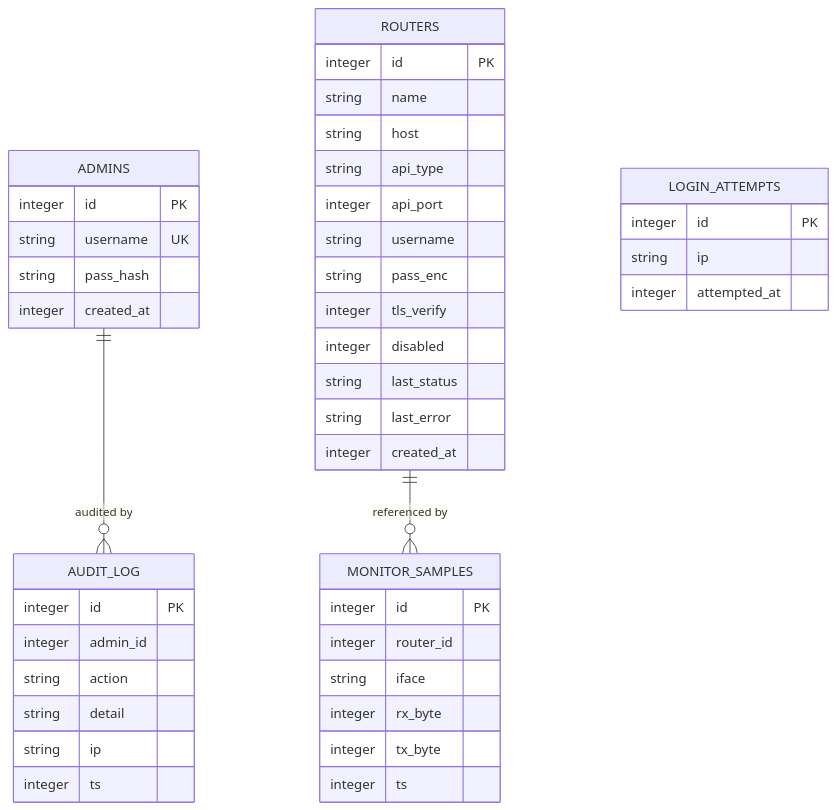
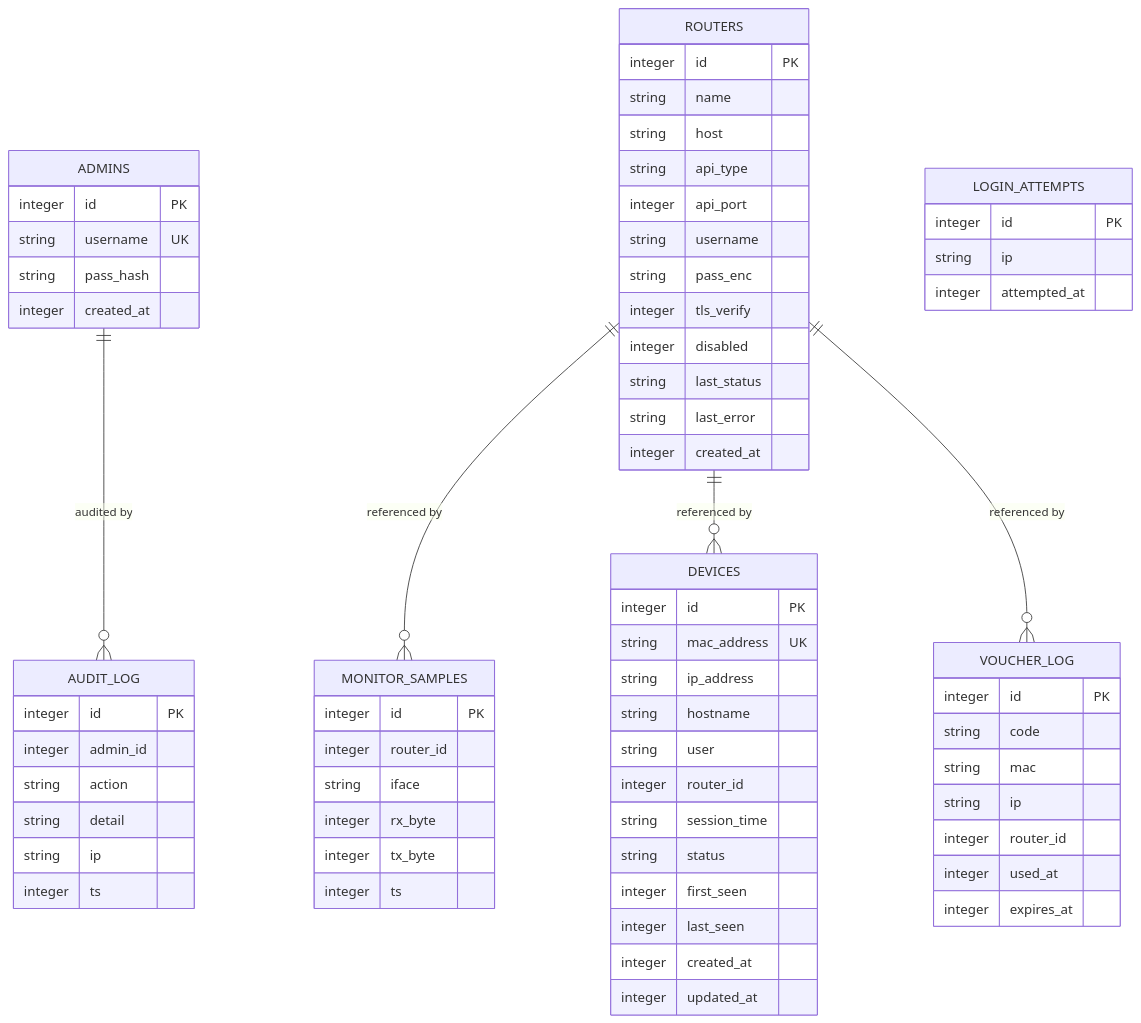
One commit to Djnirds1984/MT-CONTROLLER-PISOWIFI changed the tenth of 11 diagrams in .qoder/repowiki/en/content/Database Schema & Data Models.md. Above: the diagram before and after it, drawn with Mermaid. The commit also changed other lines of this file and 14 other files, not shown here.

First line of the commit message:
feat(devices): add device management and voucher audit documentation

````diff
--- a/.qoder/repowiki/en/content/Database Schema & Data Models.md
+++ b/.qoder/repowiki/en/content/Database Schema & Data Models.md
@@ -335,46 +487,71 @@
 ```mermaid
 erDiagram
 ADMINS {
 integer id PK
 string username UK
 string pass_hash
 integer created_at
 }
 ROUTERS {
 integer id PK
 string name
 string host
 string api_type
 integer api_port
 string username
 string pass_enc
 integer tls_verify
 integer disabled
 string last_status
 string last_error
 integer created_at
 }
 LOGIN_ATTEMPTS {
 integer id PK
 string ip
 integer attempted_at
 }
 MONITOR_SAMPLES {
 integer id PK
 integer router_id
 string iface
 integer rx_byte
 integer tx_byte
 integer ts
 }
 AUDIT_LOG {
 integer id PK
 integer admin_id
 string action
 string detail
 string ip
 integer ts
 }
+DEVICES {
+integer id PK
+string mac_address UK
+string ip_address
+string hostname
+string user
+integer router_id
+string session_time
+string status
+integer first_seen
+integer last_seen
+integer created_at
+integer updated_at
+}
+VOUCHER_LOG {
+integer id PK
+string code
+string mac
+string ip
+integer router_id
+integer used_at
+integer expires_at
+}
 ROUTERS ||--o{ MONITOR_SAMPLES : "referenced by"
+ROUTERS ||--o{ DEVICES : "referenced by"
+ROUTERS ||--o{ VOUCHER_LOG : "referenced by"
 ADMINS ||--o{ AUDIT_LOG : "audited by"
 ```
````
